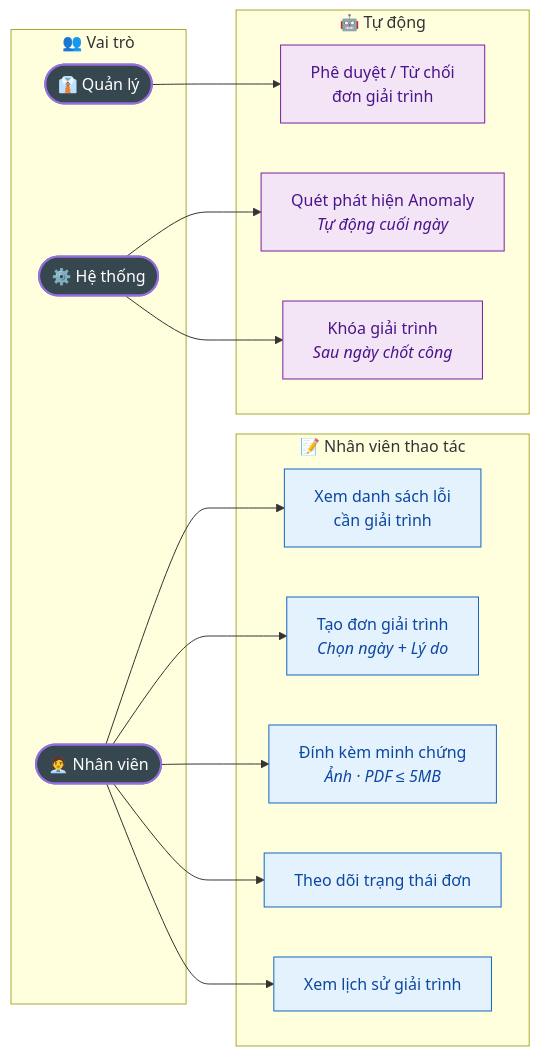
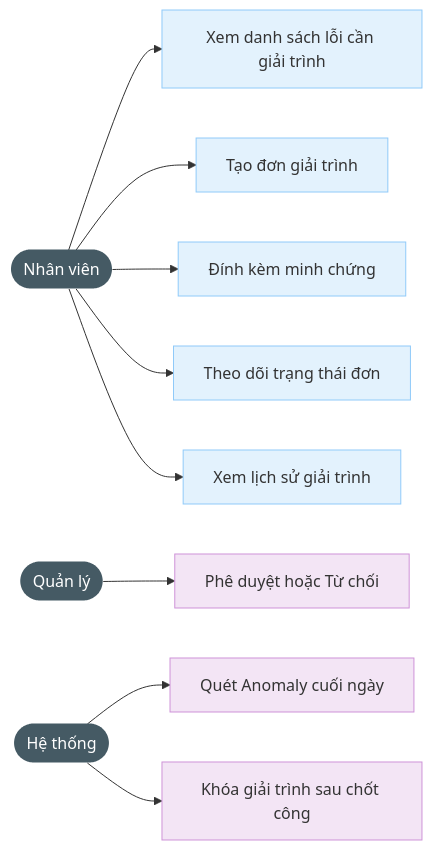
One commit to olbboy/BA-Kit changed the second of 2 diagrams in outputs/mini-app-cham-cong/2.11-Mini-app/2.11.3.-Giải-trình-công/README.md. Above: the diagram before and after it, drawn with Mermaid. The commit also changed other lines of this file and 5 other files, not shown here.

First line of the commit message:
style: simplify all Mermaid diagrams — clean professional look

````diff
--- a/outputs/mini-app-cham-cong/2.11-Mini-app/2.11.3.-Giải-trình-công/README.md
+++ b/outputs/mini-app-cham-cong/2.11-Mini-app/2.11.3.-Giải-trình-công/README.md
@@ -81,34 +60,23 @@
 ```mermaid
 graph LR
-    subgraph actors [" 👥 Vai trò "]
-        NV(["🧑‍💼 Nhân viên"])
-        MGR(["👔 Quản lý"])
-        SYS(["⚙️ Hệ thống"])
-    end
+    NV([Nhân viên])
+    MGR([Quản lý])
+    SYS([Hệ thống])
 
-    subgraph nv_actions [" 📝 Nhân viên thao tác "]
-        UC1["Xem danh sách lỗi<br/>cần giải trình"]
-        UC2["Tạo đơn giải trình<br/><i>Chọn ngày + Lý do</i>"]
-        UC3["Đính kèm minh chứng<br/><i>Ảnh · PDF ≤ 5MB</i>"]
-        UC4["Theo dõi trạng thái đơn"]
-        UC5["Xem lịch sử giải trình"]
-    end
+    NV --> UC1[Xem danh sách lỗi cần giải trình]
+    NV --> UC2[Tạo đơn giải trình]
+    NV --> UC3[Đính kèm minh chứng]
+    NV --> UC4[Theo dõi trạng thái đơn]
+    NV --> UC5[Xem lịch sử giải trình]
+    MGR --> UC6[Phê duyệt hoặc Từ chối]
+    SYS --> UC7[Quét Anomaly cuối ngày]
+    SYS --> UC8[Khóa giải trình sau chốt công]
 
-    subgraph auto [" 🤖 Tự động "]
-        UC6["Phê duyệt / Từ chối<br/>đơn giải trình"]
-        UC7["Quét phát hiện Anomaly<br/><i>Tự động cuối ngày</i>"]
-        UC8["Khóa giải trình<br/><i>Sau ngày chốt công</i>"]
-    end
-
-    NV --> UC1 & UC2 & UC3 & UC4 & UC5
-    MGR --> UC6
-    SYS --> UC7 & UC8
-
-    classDef actor fill:#37474F,color:#fff,stroke-width:2px
-    classDef uc fill:#E3F2FD,stroke:#1565C0,color:#0D47A1
-    classDef sys fill:#F3E5F5,stroke:#7B1FA2,color:#4A148C
+    classDef actor fill:#455A64,color:#fff,stroke-width:0
+    classDef uc fill:#E3F2FD,stroke:#90CAF9
+    classDef sys fill:#F3E5F5,stroke:#CE93D8
 
     class NV,MGR,SYS actor
     class UC1,UC2,UC3,UC4,UC5 uc
     class UC6,UC7,UC8 sys
 ```
````
